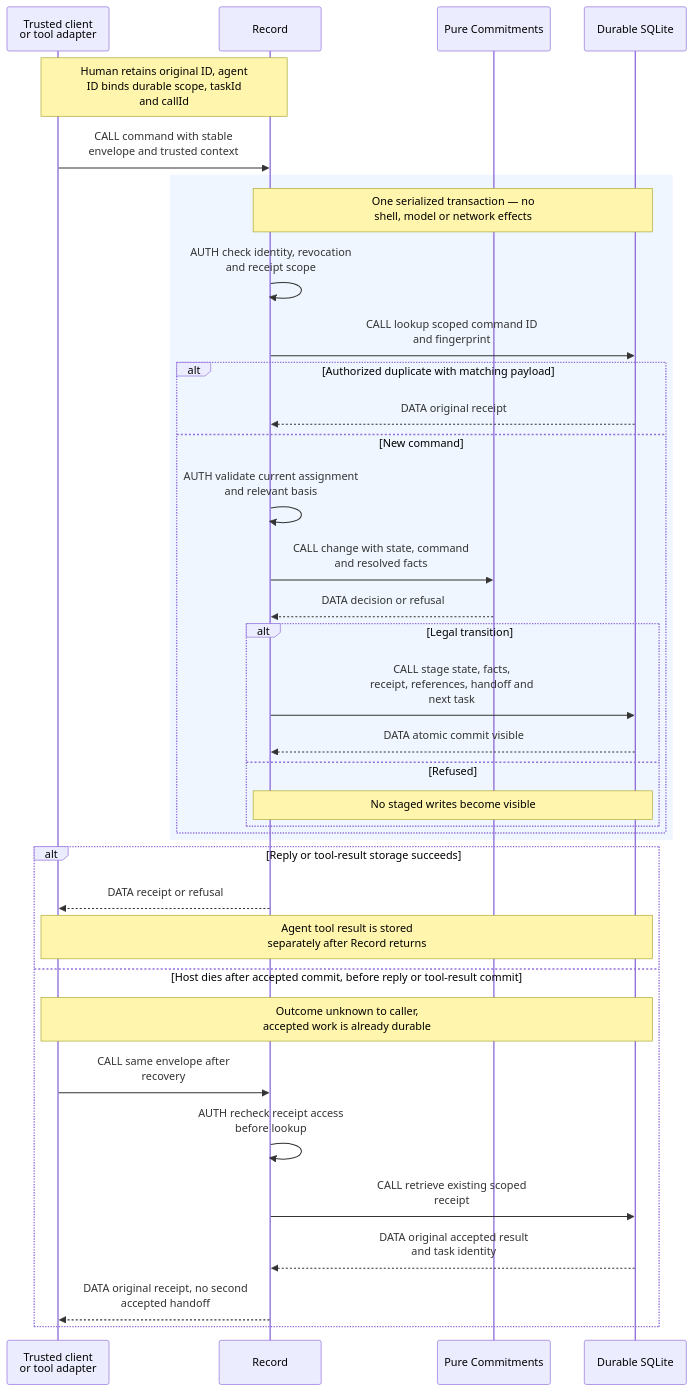
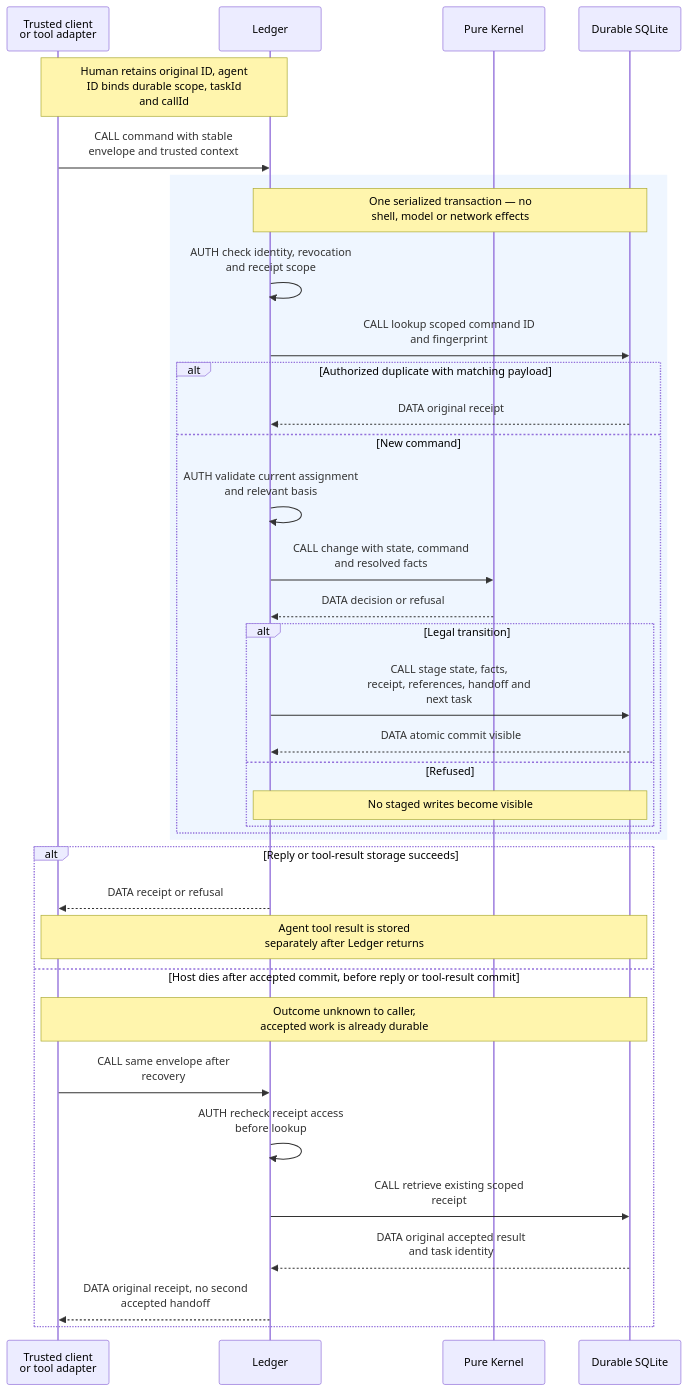
The fifth of 13 diagrams in docs/spec.md (vicrdguez/render), drawn with Mermaid before and after one commit. The commit also changed other lines of this file and 1 other file, not shown here.

````diff
--- a/docs/spec.md
+++ b/docs/spec.md
@@ -431,38 +503,38 @@
 ```mermaid
 sequenceDiagram
     participant A as Trusted client<br/>or tool adapter
-    participant R as Record
-    participant C as Pure Commitments
+    participant R as Ledger
+    participant C as Pure Kernel
     participant S as Durable SQLite
     Note over A,R: Human retains original ID, agent<br/>ID binds durable scope, taskId<br/>and callId
     A->>R: CALL command with stable<br/>envelope and trusted context
     rect rgb(239, 246, 255)
         Note over R,S: One serialized transaction — no<br/>shell, model or network effects
         R->>R: AUTH check identity, revocation<br/>and receipt scope
         R->>S: CALL lookup scoped command ID<br/>and fingerprint
         alt Authorized duplicate with matching payload
             S-->>R: DATA original receipt
         else New command
             R->>R: AUTH validate current assignment<br/>and relevant basis
             R->>C: CALL change with state, command<br/>and resolved facts
             C-->>R: DATA decision or refusal
             alt Legal transition
                 R->>S: CALL stage state, facts,<br/>receipt, references, handoff and<br/>next task
                 S-->>R: DATA atomic commit visible
             else Refused
                 Note over R,S: No staged writes become visible
             end
         end
     end
     alt Reply or tool-result storage succeeds
         R-->>A: DATA receipt or refusal
-        Note over A,S: Agent tool result is stored<br/>separately after Record returns
+        Note over A,S: Agent tool result is stored<br/>separately after Ledger returns
     else Host dies after accepted commit, before reply or tool-result commit
         Note over A,S: Outcome unknown to caller,<br/>accepted work is already durable
         A->>R: CALL same envelope after<br/>recovery
         R->>R: AUTH recheck receipt access<br/>before lookup
         R->>S: CALL retrieve existing scoped<br/>receipt
         S-->>R: DATA original accepted result<br/>and task identity
         R-->>A: DATA original receipt, no second<br/>accepted handoff
     end
 ```
````
